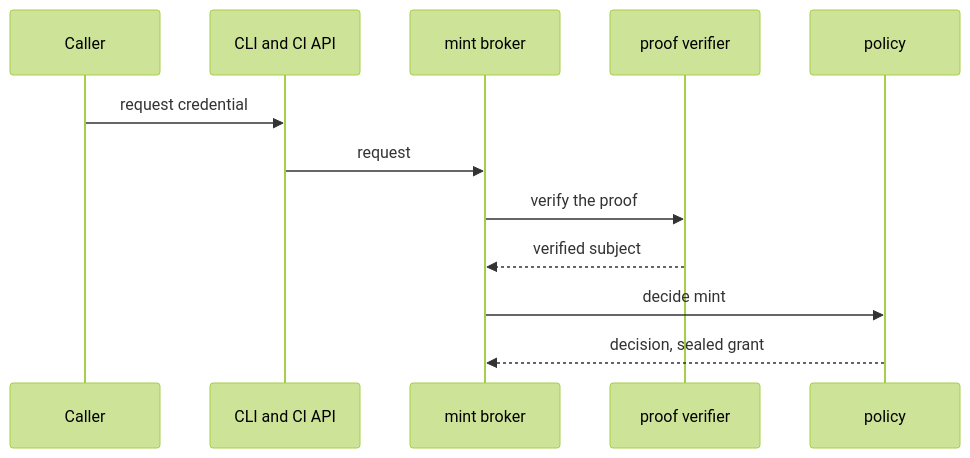
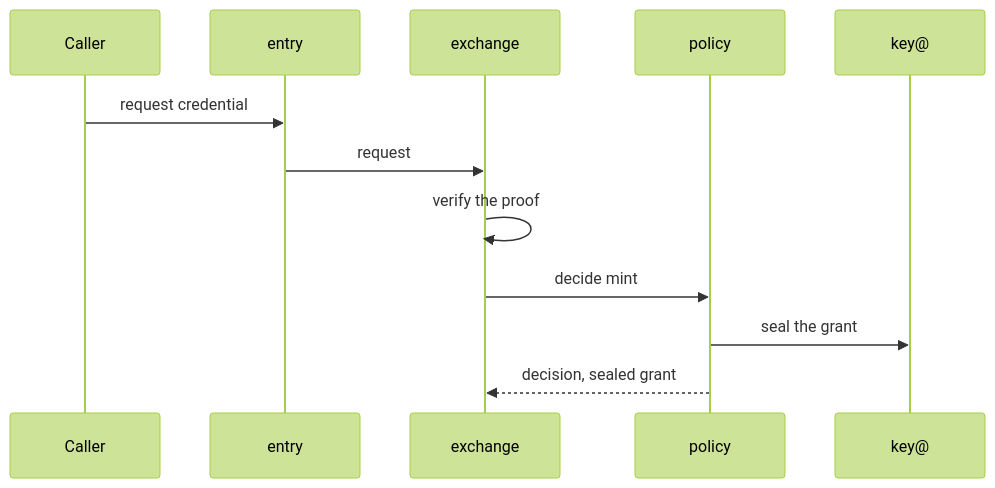
The second of 9 diagrams in docs/architecture/components.md (truvity/access-roster), drawn with Mermaid (forest theme) before and after one commit. The commit also changed other lines of this file and 11 other files, not shown here.

First line of the commit message:
docs: the architecture pages and the explorers (wave 2)

````diff
--- a/docs/architecture/components.md
+++ b/docs/architecture/components.md
@@ -96,14 +115,14 @@
 ```mermaid
 sequenceDiagram
   participant C as Caller
-  participant F as CLI and CI API
-  participant M as mint broker
-  participant P as proof verifier
-  participant D as policy
-  C->>F: request credential
-  F->>M: request
-  M->>P: verify the proof
-  P-->>M: verified subject
-  M->>D: decide mint
-  D-->>M: decision, sealed grant
+  participant E as entry
+  participant X as exchange
+  participant P as policy
+  participant K as key@
+  C->>E: request credential
+  E->>X: request
+  X->>X: verify the proof
+  X->>P: decide mint
+  P->>K: seal the grant
+  P-->>X: decision, sealed grant
 ```
````
